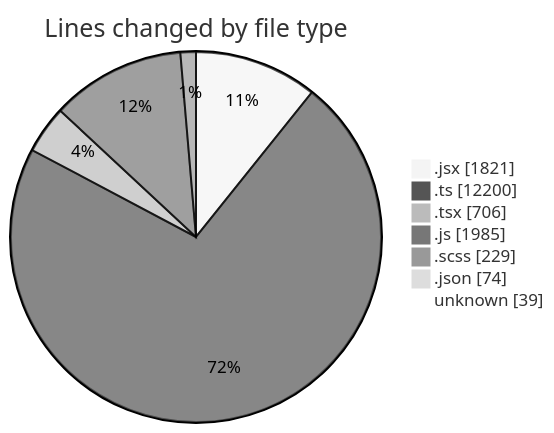
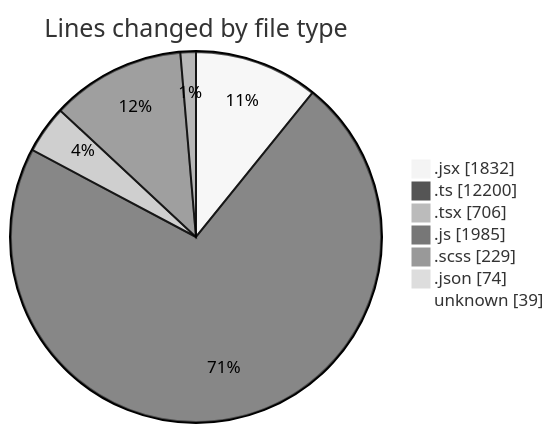
The first of 2 diagrams in 2025-06-05/cda/README.md (momahboobian/code-tracking), drawn with Mermaid (neutral theme) before and after one commit. The commit also changed other lines of this file and 1 other file, not shown here.

````diff
--- a/2025-06-05/cda/README.md
+++ b/2025-06-05/cda/README.md
@@ -47,11 +47,11 @@
 ```mermaid
 pie showData
 title Lines changed by file type
-".jsx" : 1821
+".jsx" : 1832
 ".ts" : 12200
 ".tsx" : 706
 ".js" : 1985
 ".scss" : 229
 ".json" : 74
 "unknown" : 39
 ```
````
